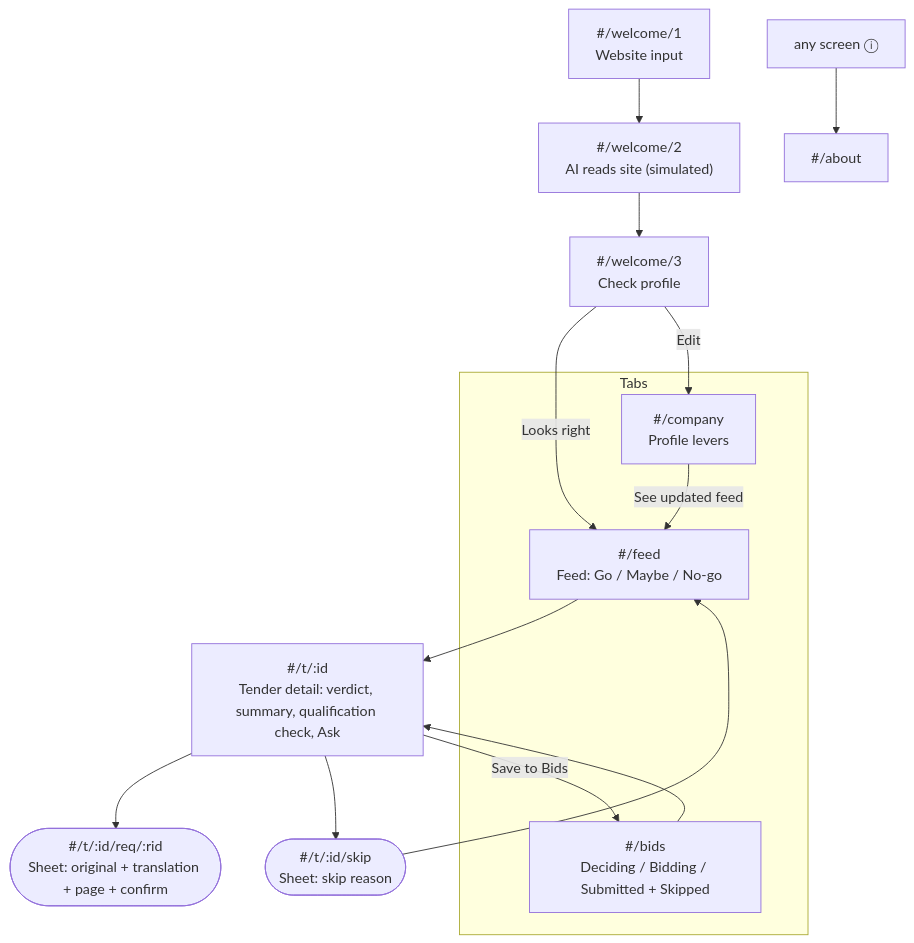
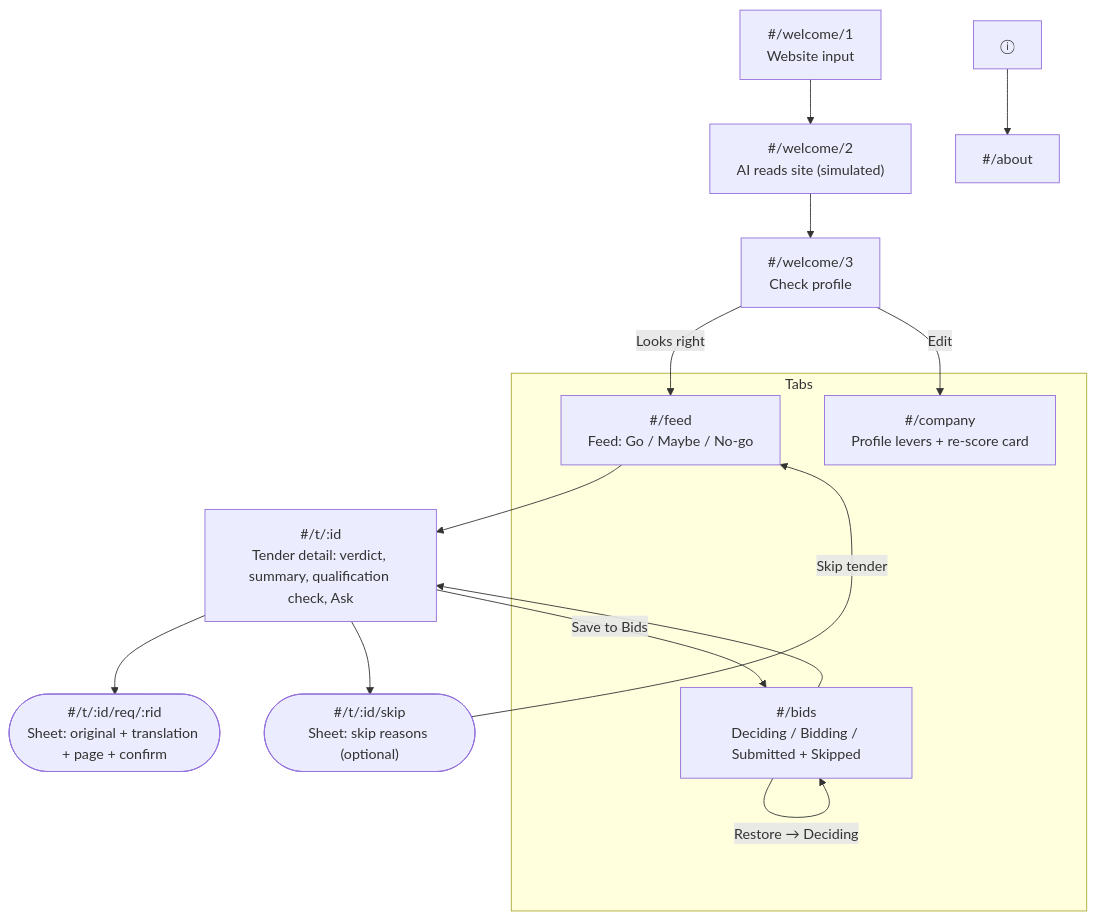
One commit to pioche8/ESCP-2627DT-C1 changed the diagram in docs/NAVIGATION.md. Above: the diagram before and after it, drawn with Mermaid. The commit also changed other lines of this file and 6 other files, not shown here.

````diff
--- a/docs/NAVIGATION.md
+++ b/docs/NAVIGATION.md
@@ -15,19 +17,19 @@
 ```mermaid
 flowchart TD
   W1["#/welcome/1<br/>Website input"] --> W2["#/welcome/2<br/>AI reads site (simulated)"] --> W3["#/welcome/3<br/>Check profile"]
   W3 -- "Looks right" --> F
   W3 -- "Edit" --> C
   subgraph Tabs
     F["#/feed<br/>Feed: Go / Maybe / No-go"]
     B["#/bids<br/>Deciding / Bidding / Submitted + Skipped"]
-    C["#/company<br/>Profile levers"]
+    C["#/company<br/>Profile levers + re-score card"]
   end
   F --> D["#/t/:id<br/>Tender detail: verdict, summary, qualification check, Ask"]
   D --> RS(["#/t/:id/req/:rid<br/>Sheet: original + translation + page + confirm"])
-  D --> SK(["#/t/:id/skip<br/>Sheet: skip reason"])
+  D --> SK(["#/t/:id/skip<br/>Sheet: skip reasons (optional)"])
   D -- "Save to Bids" --> B
-  SK --> F
+  SK -- "Skip tender" --> F
   B --> D
-  C -- "See updated feed" --> F
-  ANY["any screen ⓘ"] --> A["#/about"]
+  B -- "Restore → Deciding" --> B
+  ANY["ⓘ"] --> A["#/about"]
 ```
````
